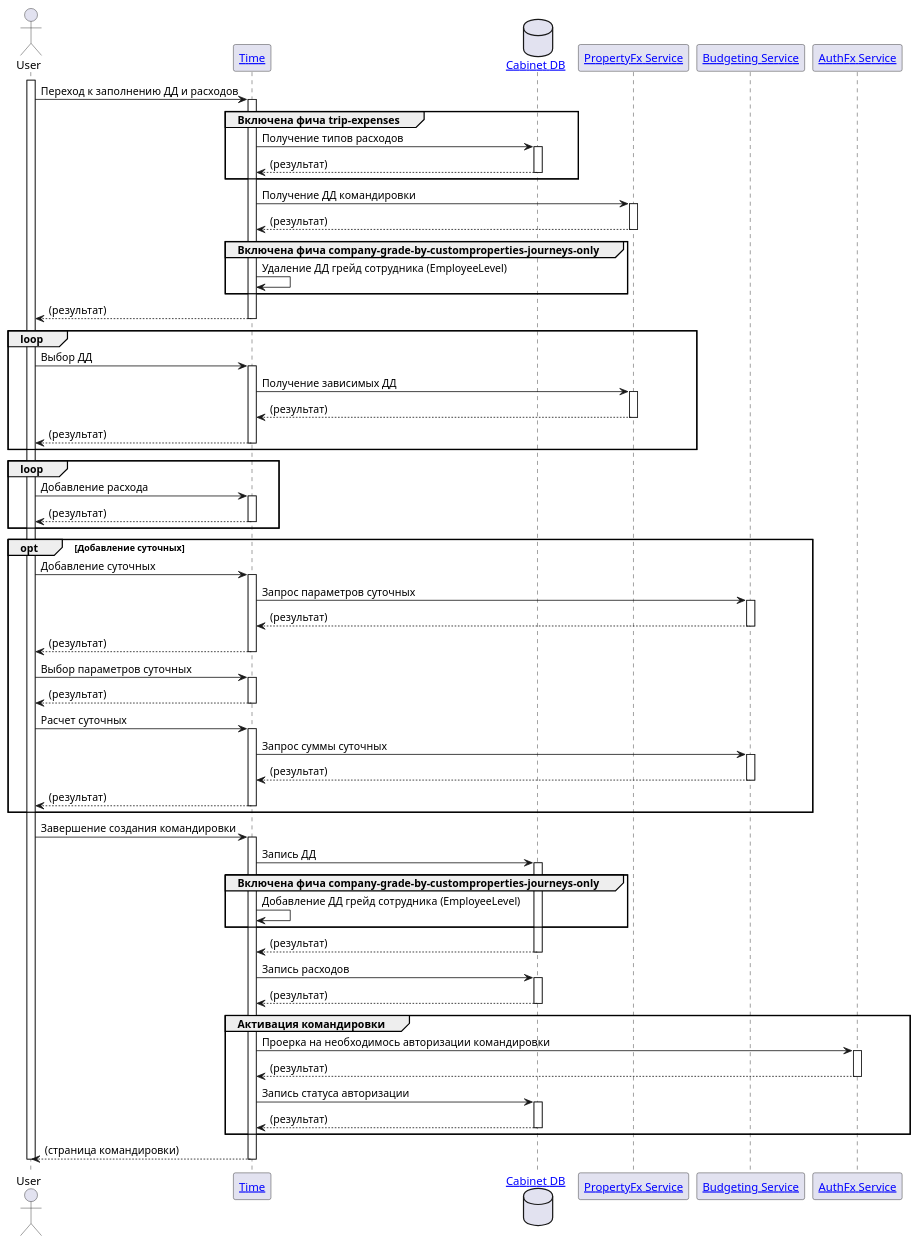
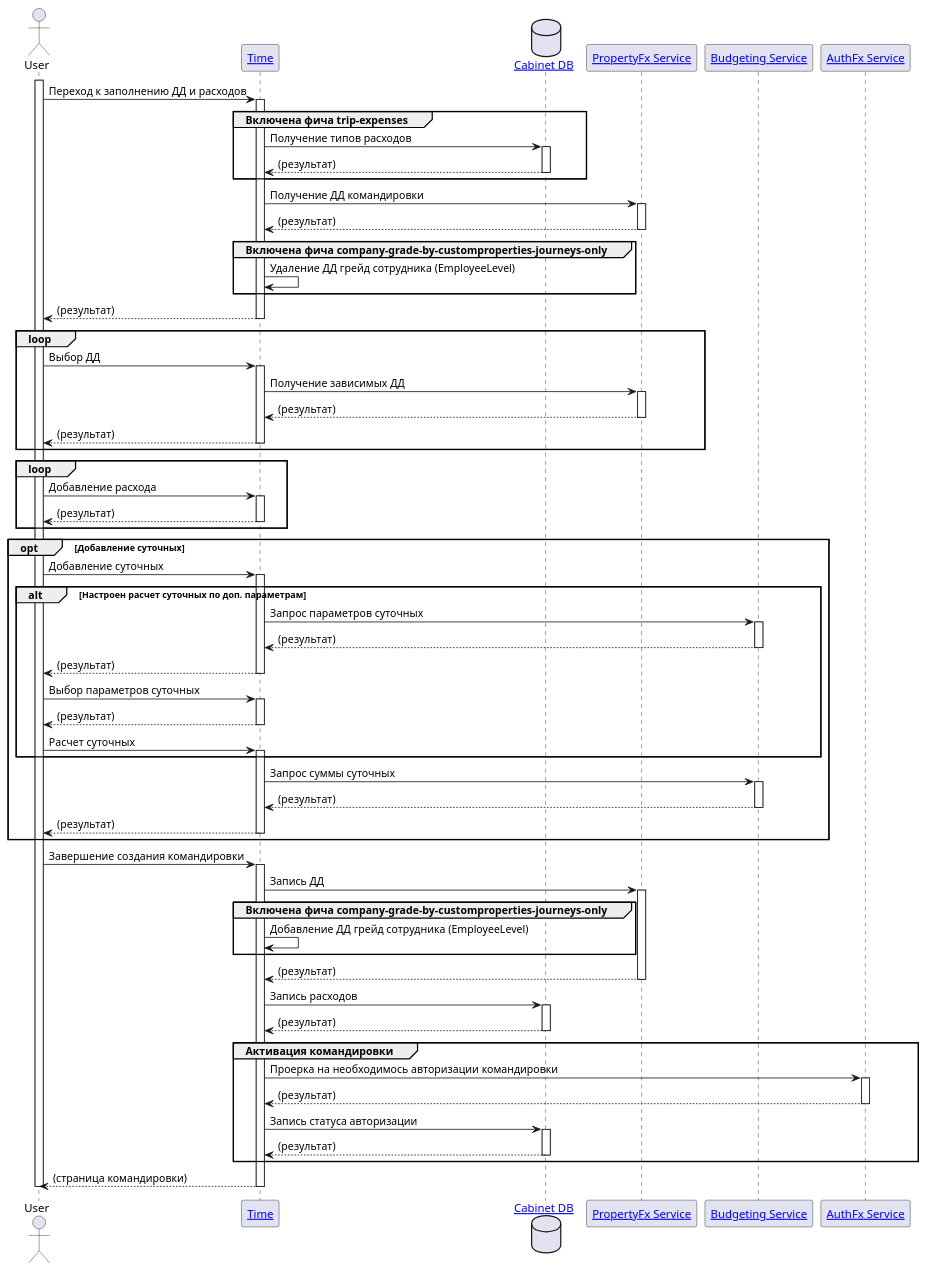
The diagram in workspace/arch/puml/time/businesstrip/creation/custom_property.puml (aleksandr-bit1/test), drawn with PlantUML before and after one commit. The commit also changed 2 other files, not shown here.

```diff
--- a/workspace/arch/puml/time/businesstrip/creation/custom_property.puml
+++ b/workspace/arch/puml/time/businesstrip/creation/custom_property.puml
@@ -1,67 +1,69 @@
 @startuml
 'https://plantuml.com/sequence-diagram
 
 
 actor User
 participant "[[/architect/components/applications.time Time]]" as Time
 database "[[/architect/components/db.cabinet Cabinet DB]]" as Cabinet
 participant "[[/architect/components/services.propertyfx PropertyFx Service]]" as PropertyFx
 participant "[[/architect/components/services.budgeting Budgeting Service]]" as Budgeting
 participant "[[/architect/components/services.authfx AuthFx Service]]" as AuthFx
 
 
 activate User
 
 User -> Time ++ : Переход к заполнению ДД и расходов
 group Включена фича trip-expenses
     Time -> Cabinet ++ : Получение типов расходов
     return (результат)
 end
 Time -> PropertyFx ++ : Получение ДД командировки
 return (результат)
 group Включена фича company-grade-by-customproperties-journeys-only
     Time -> Time : Удаление ДД грейд сотрудника (EmployeeLevel)
 end
 return (результат)
 loop
 User -> Time ++ : Выбор ДД
 Time -> PropertyFx ++ : Получение зависимых ДД
 return (результат)
 return (результат)
 end
 loop
     User -> Time ++ : Добавление расхода
     return (результат)
 end
 
 opt Добавление суточных
     User -> Time ++ : Добавление суточных
+    alt Настроен расчет суточных по доп. параметрам
     Time -> Budgeting ++ : Запрос параметров суточных
     return (результат)
     return (результат)
     User -> Time ++ : Выбор параметров суточных
     return (результат)
     User -> Time ++ : Расчет суточных
+    end
     Time -> Budgeting ++ : Запрос суммы суточных
     return (результат)
     return (результат)
 end
 
 User -> Time ++ : Завершение создания командировки
-Time -> Cabinet ++ : Запись ДД
+Time -> PropertyFx ++ : Запись ДД
 group Включена фича company-grade-by-customproperties-journeys-only
     Time -> Time : Добавление ДД грейд сотрудника (EmployeeLevel)
 end
 return (результат)
 Time -> Cabinet ++ : Запись расходов
 return (результат)
 group Активация командировки
 Time -> AuthFx ++ : Проерка на необходимось авторизации командировки
 return (результат)
 Time -> Cabinet ++ : Запись статуса авторизации
 return (результат)
 end
 return (страница командировки)
 
 deactivate User
 @enduml
```
